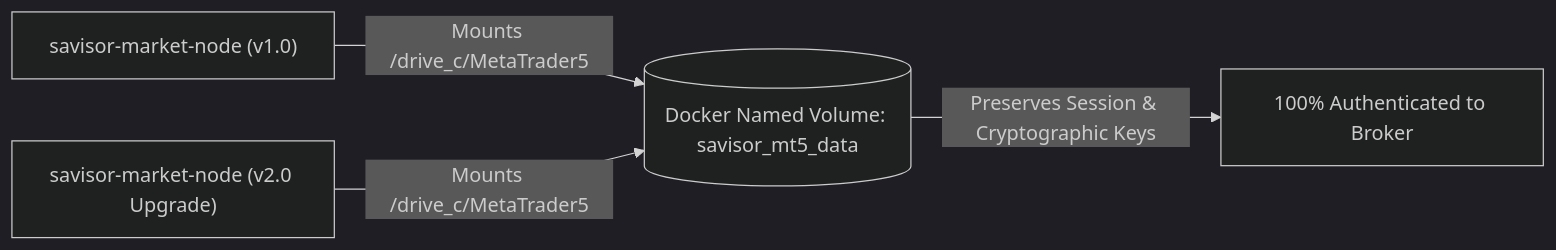
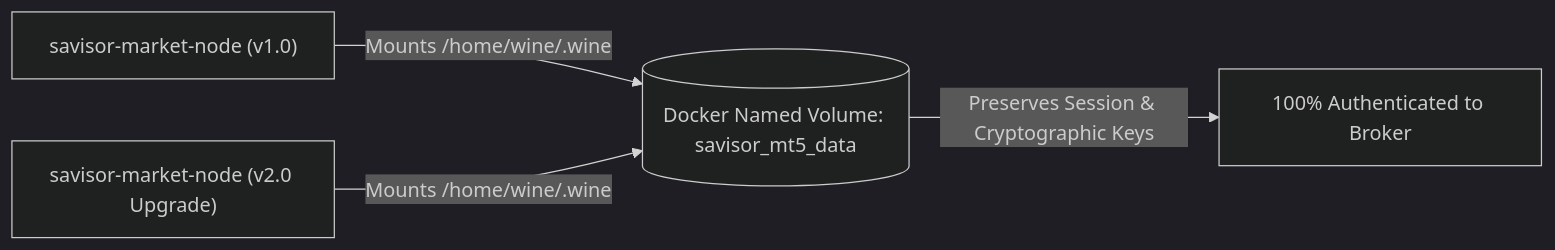
Before and after one commit to devffex/MetaBridge5: the second of 5 diagrams in apps/market-gateway/docs/authentication_persistence.md, drawn with Mermaid (dark theme). The commit also changed other lines of this file, not shown here.

Commit message:
docs: replace docker compose templates with pure docker CLI commands in authentication persistence guide

````diff
--- a/apps/market-gateway/docs/authentication_persistence.md
+++ b/apps/market-gateway/docs/authentication_persistence.md
@@ -49,6 +49,6 @@
 ```mermaid
 flowchart LR
-    ContainerV1["savisor-market-node (v1.0)"] -->|"Mounts /drive_c/MetaTrader5"| Volume[("Docker Named Volume: savisor_mt5_data")]
-    ContainerV2["savisor-market-node (v2.0 Upgrade)"] -->|"Mounts /drive_c/MetaTrader5"| Volume
+    ContainerV1["savisor-market-node (v1.0)"] -->|"Mounts /home/wine/.wine"| Volume[("Docker Named Volume: savisor_mt5_data")]
+    ContainerV2["savisor-market-node (v2.0 Upgrade)"] -->|"Mounts /home/wine/.wine"| Volume
     Volume -->|"Preserves Session & Cryptographic Keys"| Connected["100% Authenticated to Broker"]
 ```
````
